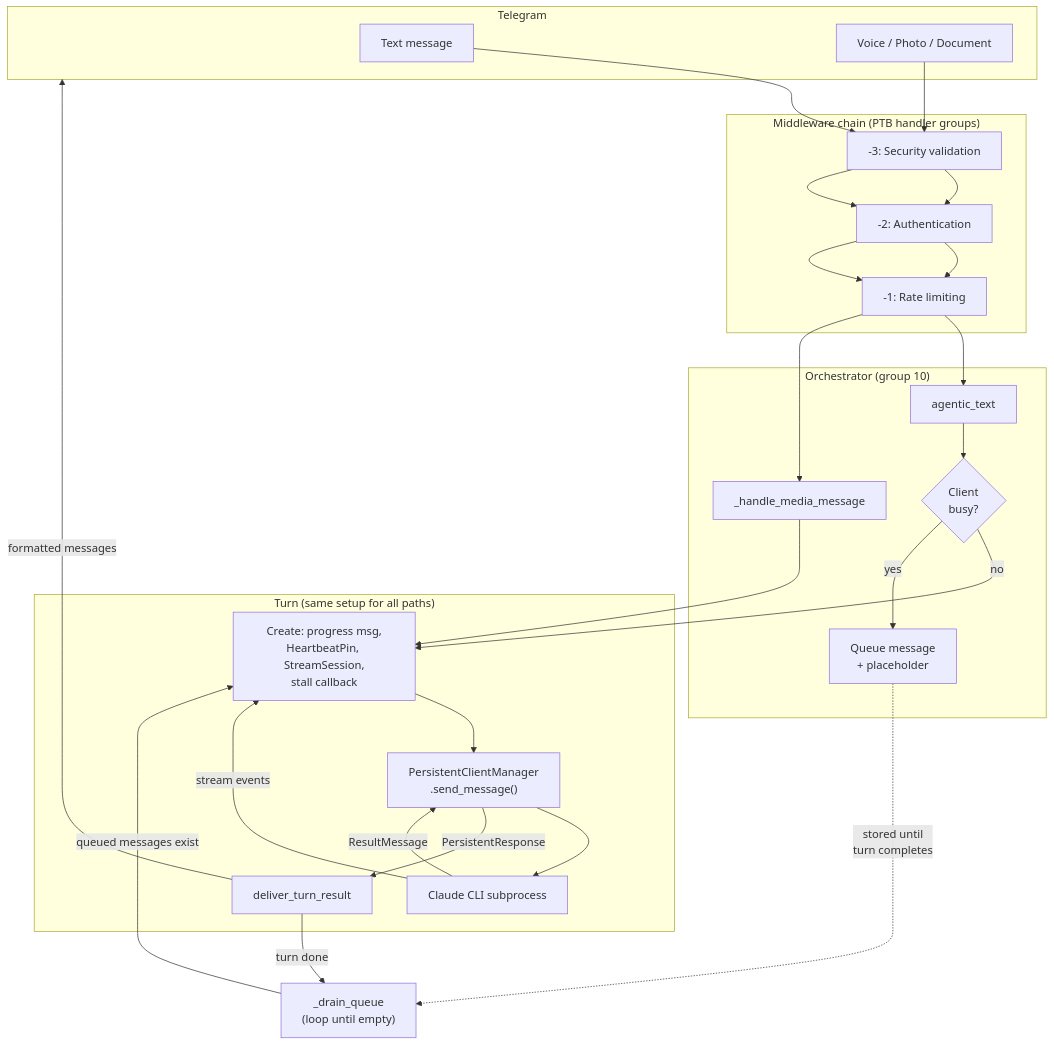
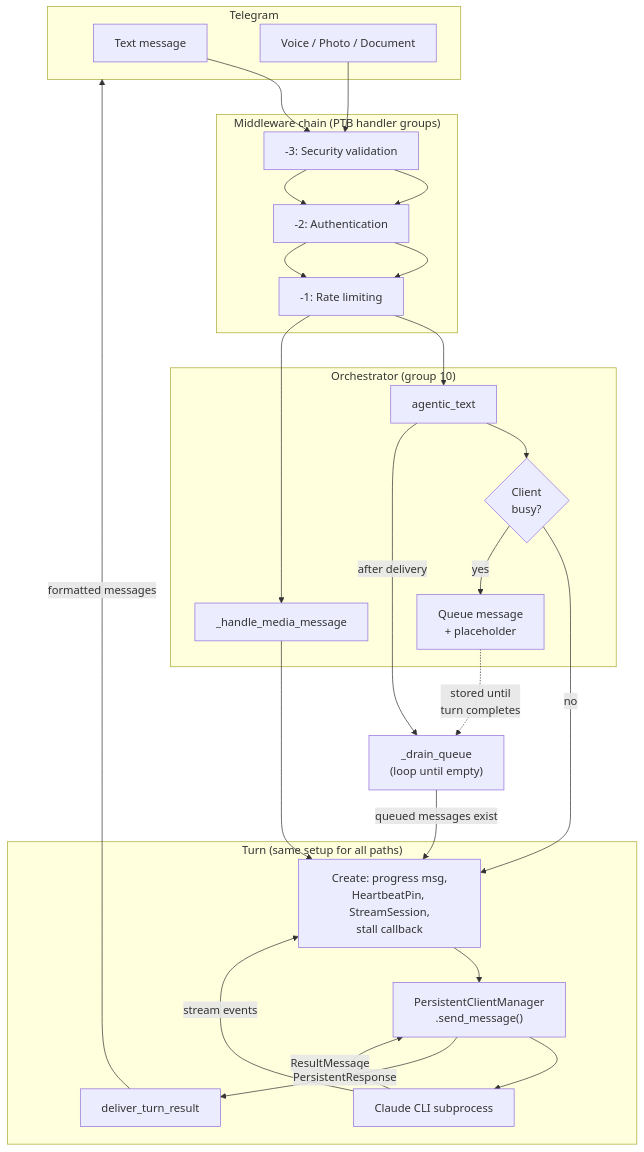
Before and after one commit to Captain-Bacon/claude-code-telegram: the first of 4 diagrams in docs/architecture.md, drawn with Mermaid. The commit also changed other lines of this file and 1 other file, not shown here.

First line of the commit message:
Architecture docs: loops 4-5 precision refinements

````diff
--- a/docs/architecture.md
+++ b/docs/architecture.md
@@ -13,48 +13,49 @@
 ```mermaid
 flowchart TD
     subgraph Telegram
         TM[Text message]
         MM[Voice / Photo / Document]
     end
 
     subgraph Middleware ["Middleware chain (PTB handler groups)"]
         SEC["-3: Security validation"]
         AUTH["-2: Authentication"]
         RATE["-1: Rate limiting"]
     end
 
     subgraph Orchestrator ["Orchestrator (group 10)"]
         AT["agentic_text"]
         BUSY{"Client\nbusy?"}
         QUEUE["Queue message\n+ placeholder"]
         MH["_handle_media_message"]
     end
 
     subgraph Turn ["Turn (same setup for all paths)"]
         TS["Create: progress msg,\nHeartbeatPin, StreamSession,\nstall callback"]
         PCM["PersistentClientManager\n.send_message()"]
         CLI["Claude CLI subprocess"]
         DTR["deliver_turn_result"]
     end
 
     DQ["_drain_queue\n(loop until empty)"]
 
     TM --> SEC --> AUTH --> RATE --> AT
     MM --> SEC --> AUTH --> RATE --> MH
 
     AT --> BUSY
     BUSY -->|no| TS
     BUSY -->|yes| QUEUE
 
     MH --> TS
 
     TS --> PCM --> CLI
     CLI -->|stream events| TS
     CLI -->|ResultMessage| PCM
     PCM -->|PersistentResponse| DTR
 
     DTR -->|formatted messages| Telegram
-    DTR -->|"turn done"| DQ
+
+    AT -->|"after delivery"| DQ
     DQ -->|queued messages exist| TS
     QUEUE -.->|"stored until\nturn completes"| DQ
 ```
````
